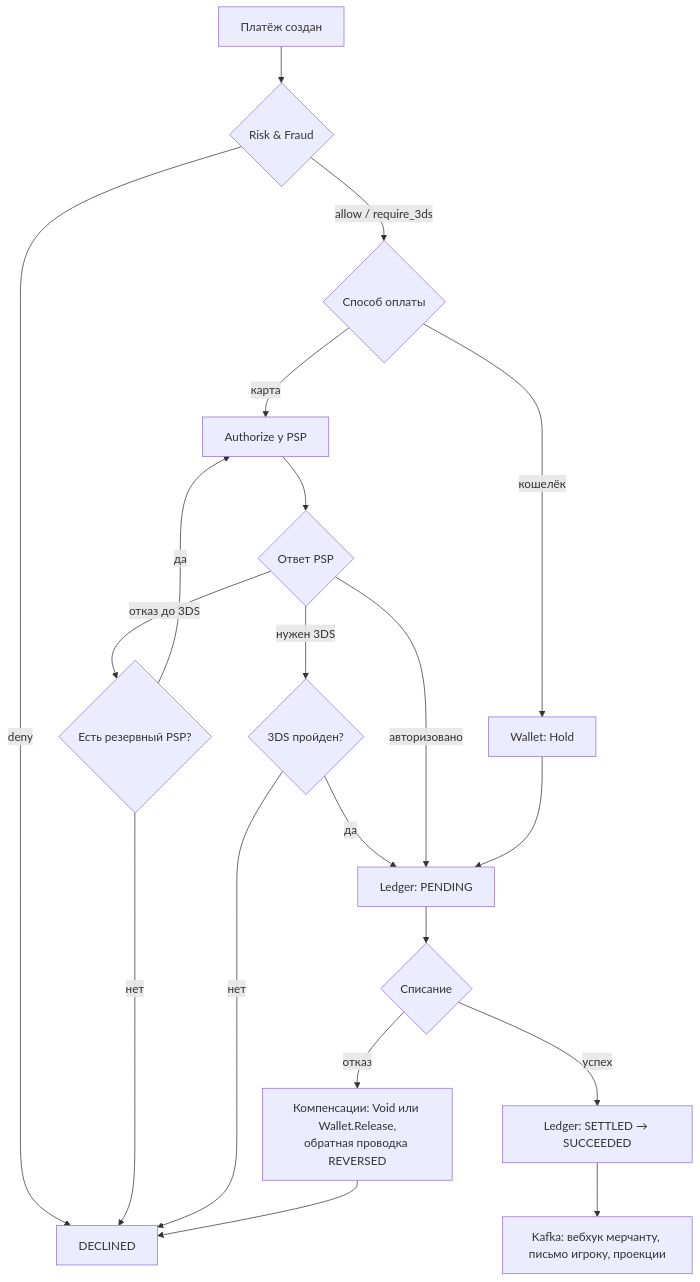
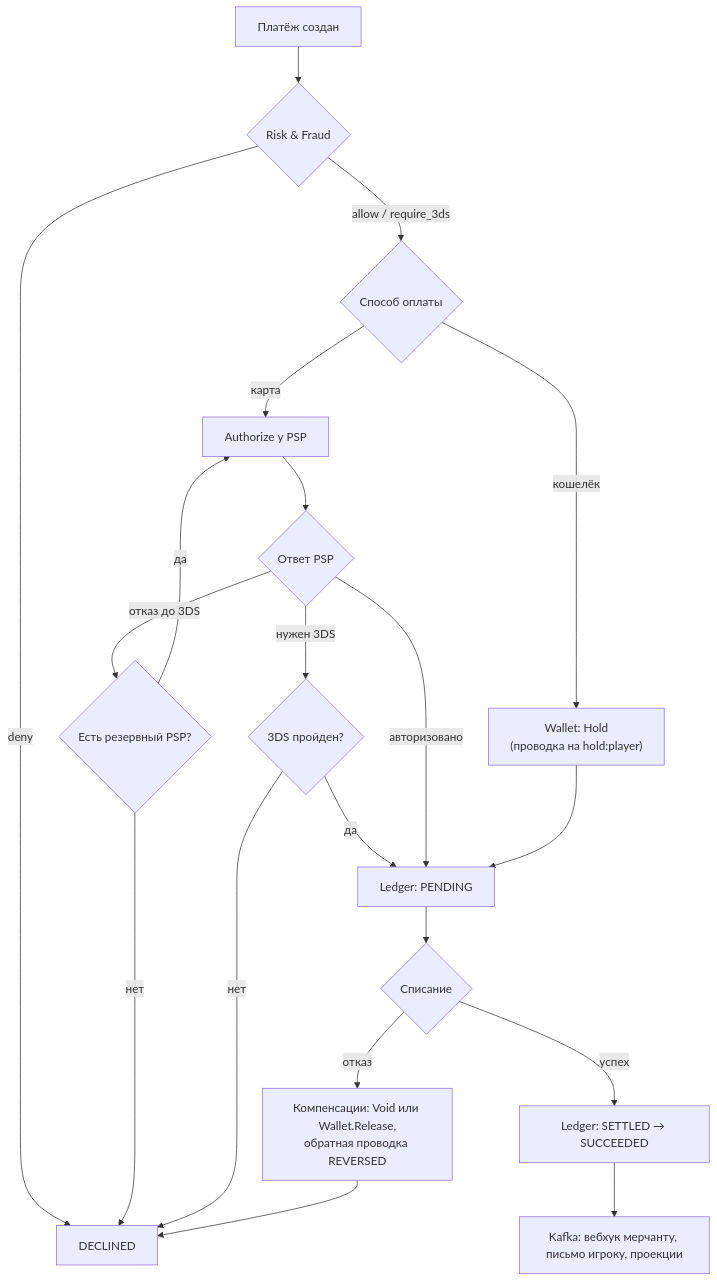
Before and after one commit to hebgehogg/system-design-otus: the third of 3 diagrams in hw_02/solution/README.md, drawn with Mermaid. The commit also changed other lines of this file, not shown here.

````diff
--- a/hw_02/solution/README.md
+++ b/hw_02/solution/README.md
@@ -237,25 +272,25 @@
 ```mermaid
 flowchart TD
     A["Платёж создан"] --> B{"Risk & Fraud"}
     B -->|deny| Z["DECLINED"]
     B -->|allow / require_3ds| C{"Способ оплаты"}
 
     C -->|карта| D["Authorize у PSP"]
-    C -->|кошелёк| E["Wallet: Hold"]
+    C -->|кошелёк| E["Wallet: Hold<br/>(проводка на hold:player)"]
 
     D --> F{"Ответ PSP"}
     F -->|"отказ до 3DS"| G{"Есть резервный PSP?"}
     G -->|да| D
     G -->|нет| Z
     F -->|"нужен 3DS"| H{"3DS пройден?"}
     H -->|нет| Z
     H -->|да| P
     F -->|"авторизовано"| P
 
     E --> P["Ledger: PENDING"]
     P --> K{"Списание"}
     K -->|"успех"| S["Ledger: SETTLED → SUCCEEDED"]
     K -->|"отказ"| X["Компенсации: Void или Wallet.Release,<br/>обратная проводка REVERSED"]
     X --> Z
     S --> Y["Kafka: вебхук мерчанту, письмо игроку, проекции"]
 ```
````
